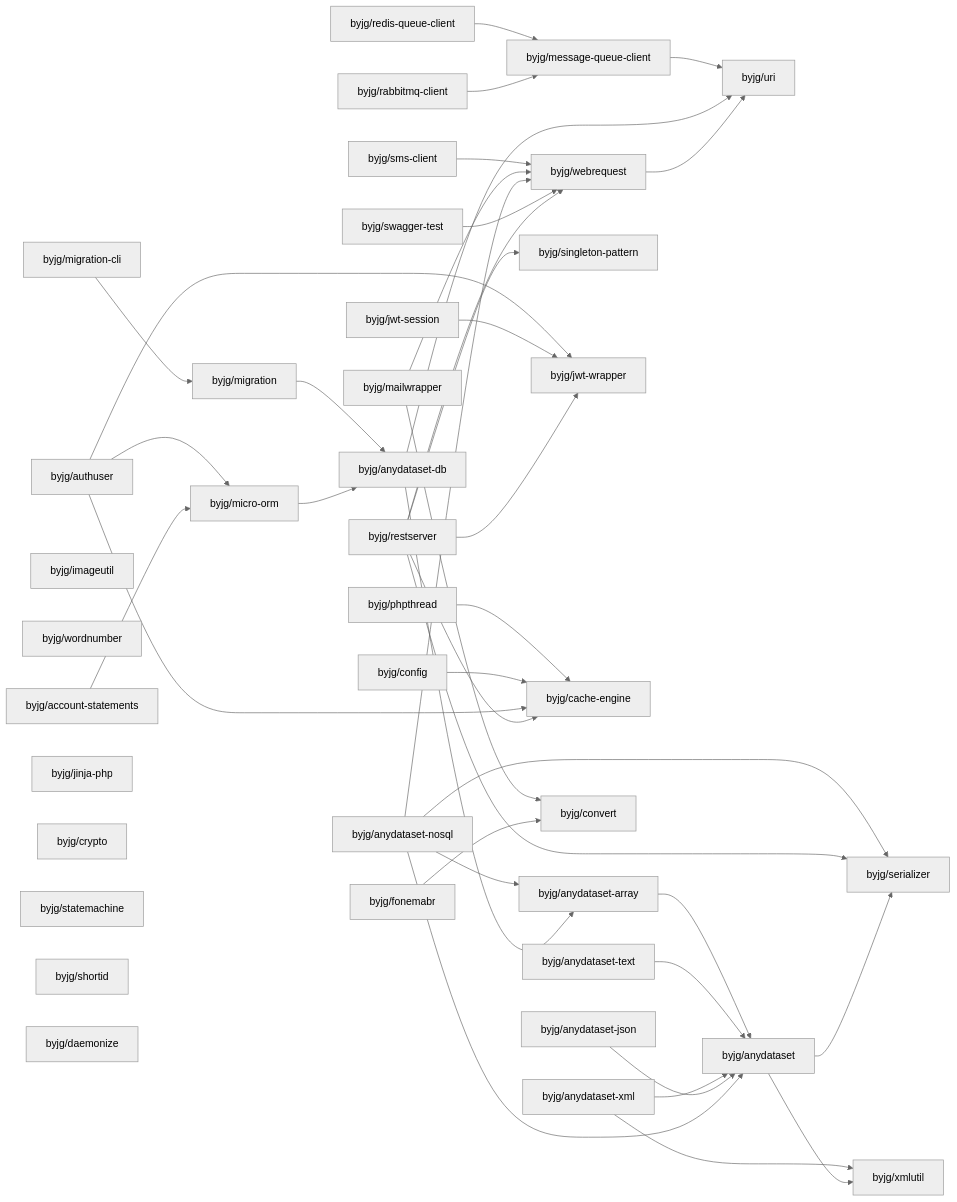
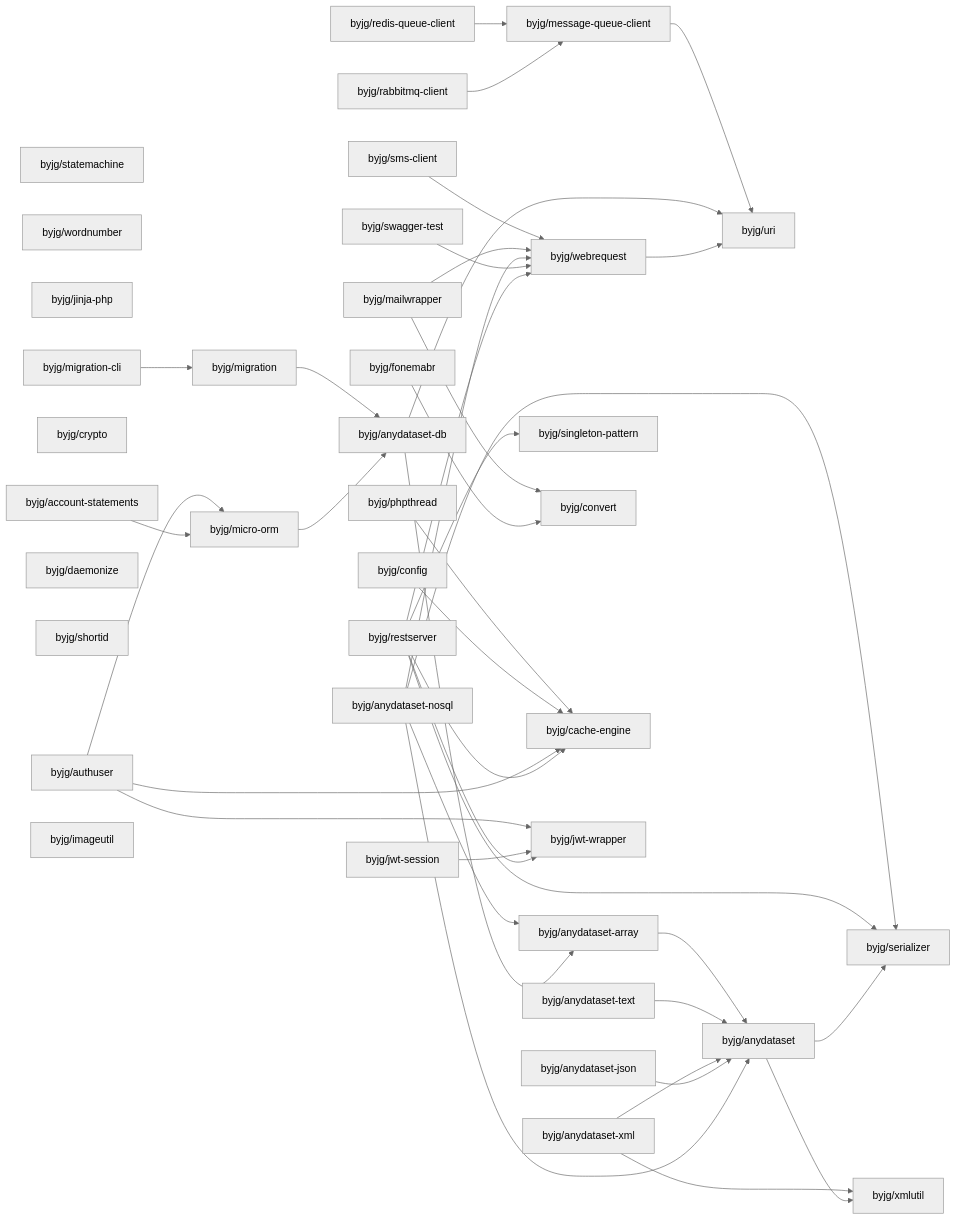
One commit to byjg/byjg.github.io changed the diagram in docs/php/README.md. Above: the diagram before and after it, drawn with Mermaid (neutral theme). The commit also changed other lines of this file, not shown here.

Commit message:
Update documentation 'php' 'php-migration'

````diff
--- a/docs/php/README.md
+++ b/docs/php/README.md
@@ -3,78 +3,78 @@
 ```mermaid
 graph LR;
+  byjg/rabbitmq-client;
+  byjg/statemachine;
+  byjg/anydataset-json;
+  byjg/mailwrapper;
+  byjg/redis-queue-client;
+  byjg/anydataset-xml;
+  byjg/wordnumber;
+  byjg/restserver;
+  byjg/anydataset-nosql;
   byjg/anydataset-text;
   byjg/sms-client;
-  byjg/restserver;
+  byjg/jinja-php;
+  byjg/migration-cli;
+  byjg/fonemabr;
+  byjg/phpthread;
+  byjg/crypto;
+  byjg/account-statements;
+  byjg/jwt-session;
+  byjg/daemonize;
+  byjg/shortid;
   byjg/config;
   byjg/authuser;
+  byjg/imageutil;
   byjg/swagger-test;
-  byjg/migration-cli;
-  byjg/redis-queue-client;
-  byjg/imageutil;
-  byjg/wordnumber;
-  byjg/fonemabr;
-  byjg/account-statements;
-  byjg/jinja-php;
-  byjg/anydataset-json;
-  byjg/anydataset-nosql;
-  byjg/jwt-session;
-  byjg/crypto;
-  byjg/phpthread;
-  byjg/rabbitmq-client;
-  byjg/mailwrapper;
-  byjg/statemachine;
-  byjg/shortid;
-  byjg/daemonize;
-  byjg/anydataset-xml;
+  byjg/message-queue-client;
   byjg/singleton-pattern;
   byjg/migration;
+  byjg/convert;
   byjg/micro-orm;
+  byjg/cache-engine;
   byjg/jwt-wrapper;
-  byjg/cache-engine;
-  byjg/message-queue-client;
-  byjg/convert;
   byjg/webrequest;
   byjg/anydataset-db;
   byjg/anydataset-array;
   byjg/uri;
   byjg/anydataset;
   byjg/serializer;
   byjg/xmlutil;
   byjg/sms-client --> byjg/webrequest;
   byjg/anydataset-array --> byjg/anydataset;
   byjg/phpthread --> byjg/cache-engine;
   byjg/anydataset-text --> byjg/anydataset;
   byjg/mailwrapper --> byjg/convert;
   byjg/mailwrapper --> byjg/webrequest;
   byjg/migration-cli --> byjg/migration;
   byjg/anydataset-xml --> byjg/anydataset;
   byjg/anydataset-xml --> byjg/xmlutil;
   byjg/redis-queue-client --> byjg/message-queue-client;
   byjg/fonemabr --> byjg/convert;
   byjg/message-queue-client --> byjg/uri;
   byjg/config --> byjg/cache-engine;
   byjg/rabbitmq-client --> byjg/message-queue-client;
   byjg/authuser --> byjg/micro-orm;
   byjg/authuser --> byjg/cache-engine;
   byjg/authuser --> byjg/jwt-wrapper;
   byjg/jwt-session --> byjg/jwt-wrapper;
   byjg/anydataset-json --> byjg/anydataset;
   byjg/anydataset-nosql --> byjg/anydataset;
   byjg/anydataset-nosql --> byjg/anydataset-array;
   byjg/anydataset-nosql --> byjg/serializer;
   byjg/anydataset-nosql --> byjg/webrequest;
   byjg/anydataset-db --> byjg/anydataset-array;
   byjg/anydataset-db --> byjg/uri;
   byjg/swagger-test --> byjg/webrequest;
   byjg/restserver --> byjg/serializer;
   byjg/restserver --> byjg/singleton-pattern;
   byjg/restserver --> byjg/cache-engine;
   byjg/restserver --> byjg/webrequest;
   byjg/restserver --> byjg/jwt-wrapper;
   byjg/migration --> byjg/anydataset-db;
   byjg/anydataset --> byjg/serializer;
   byjg/anydataset --> byjg/xmlutil;
   byjg/micro-orm --> byjg/anydataset-db;
   byjg/webrequest --> byjg/uri;
   byjg/account-statements --> byjg/micro-orm;
 ```
````
